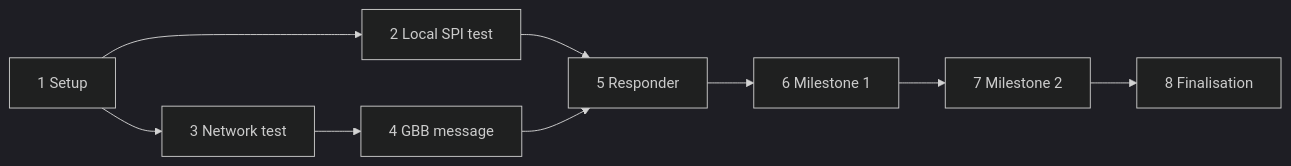
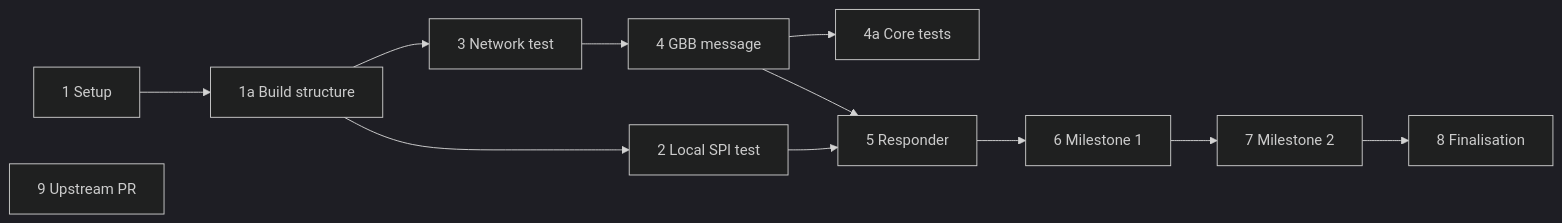
One commit to Kartoffelbauer/rts-open1722-remote-spi changed the diagram in docs/project-plan.md. Above: the diagram before and after it, drawn with Mermaid (dark theme). The commit also changed other lines of this file and 8 other files, not shown here.

````diff
--- a/docs/project-plan.md
+++ b/docs/project-plan.md
@@ -18,11 +25,14 @@
 ```mermaid
 flowchart LR
-    T1["1 Setup"] --> T2["2 Local SPI test"]
-    T1 --> T3["3 Network test"]
+    T1["1 Setup"] --> T1a["1a Build structure"]
+    T1a --> T2["2 Local SPI test"]
+    T1a --> T3["3 Network test"]
     T3 --> T4["4 GBB message"]
+    T4 --> T4a["4a Core tests"]
     T2 --> T5["5 Responder"]
     T4 --> T5
     T5 --> T6["6 Milestone 1"]
     T6 --> T7["7 Milestone 2"]
     T7 --> T8["8 Finalisation"]
+    T9["9 Upstream PR"]
 ```
````
